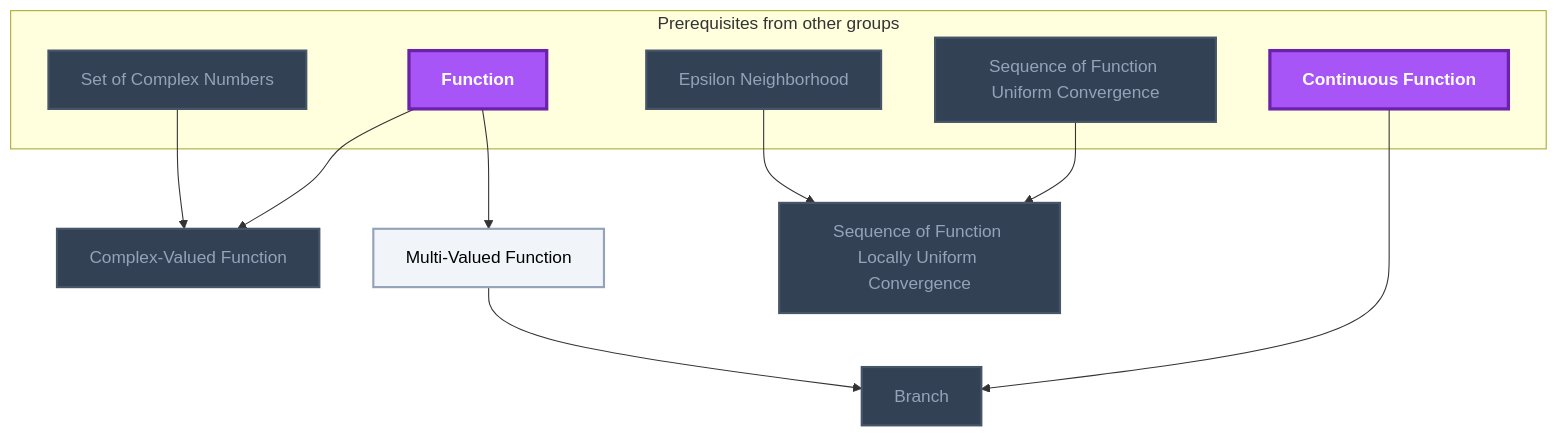
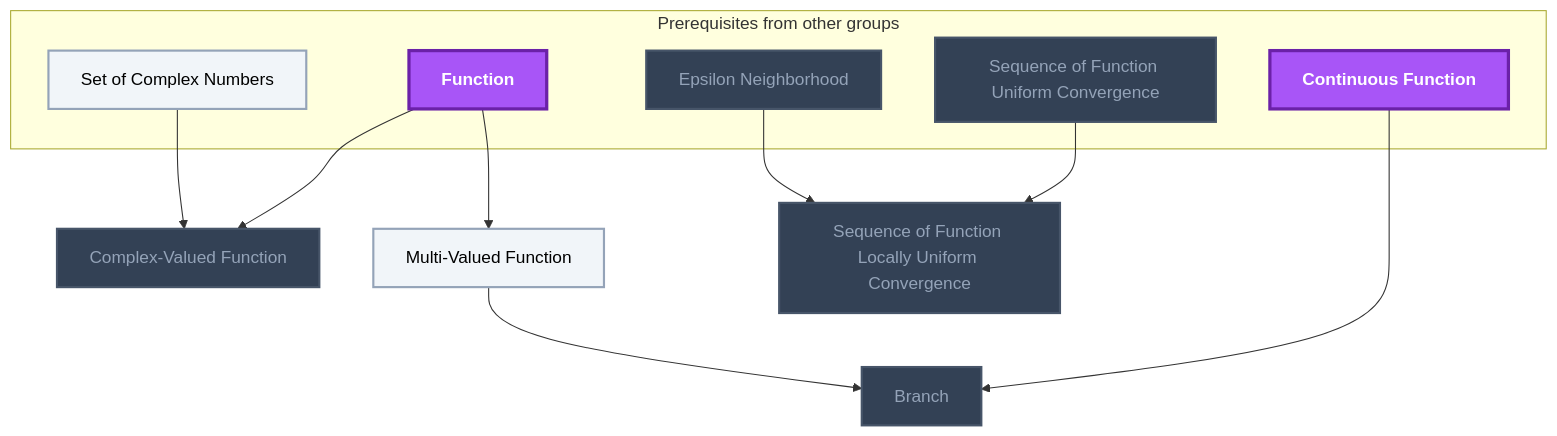
Before and after one commit to MRauf1/My-Notes: the third of 19 diagrams in Gamification/Skill Trees/Complex Analysis.md, drawn with Mermaid. The commit also changed other lines of this file and 57 other files, not shown here.

````diff
--- a/Gamification/Skill Trees/Complex Analysis.md
+++ b/Gamification/Skill Trees/Complex Analysis.md
@@ -104,34 +105,34 @@
 ```mermaid
 flowchart TD
     classDef planned fill:#1E293B,stroke:#64748B,stroke-width:2px,stroke-dasharray:5 5,color:#94A3B8;
     classDef locked fill:#334155,stroke:#475569,stroke-width:2px,color:#94A3B8;
     classDef L0 fill:#F1F5F9,stroke:#94A3B8,stroke-width:2px,color:#000000;
     classDef L1 fill:#22C55E,stroke:#15803D,stroke-width:2px,color:#000000;
     classDef L2 fill:#3B82F6,stroke:#1D4ED8,stroke-width:3px,color:#FFFFFF;
     classDef L3 fill:#A855F7,stroke:#6B21A8,stroke-width:3px,color:#FFFFFF,font-weight:bold;
     classDef L4 fill:#F97316,stroke:#C2410C,stroke-width:4px,color:#000000,font-weight:bold;
     classDef L5 fill:#FFD700,stroke:#FF8C00,stroke-width:5px,color:#000000,font-weight:bold;
     classDef rusty stroke:#8B4513,stroke-width:4px,stroke-dasharray:3 3;
     subgraph sg_prereqs["Prerequisites from other groups"]
         n_set_of_complex_numbers["Set of Complex Numbers"]
         n_function["Function"]
         n_continuous_function["Continuous Function"]
         n_epsilon_neighborhood["Epsilon Neighborhood"]
         n_sequence_of_function_uniform_convergence["Sequence of Function Uniform Convergence"]
     end
     n_complex_valued_function["Complex-Valued Function"]
     n_multi_valued_function["Multi-Valued Function"]
     n_branch["Branch"]
     n_sequence_of_function_locally_uniform_convergence["Sequence of Function Locally Uniform Convergence"]
     n_set_of_complex_numbers --> n_complex_valued_function
     n_function --> n_complex_valued_function
     n_function --> n_multi_valued_function
     n_multi_valued_function --> n_branch
     n_continuous_function --> n_branch
     n_epsilon_neighborhood --> n_sequence_of_function_locally_uniform_convergence
     n_sequence_of_function_uniform_convergence --> n_sequence_of_function_locally_uniform_convergence
-    class n_set_of_complex_numbers,n_epsilon_neighborhood,n_sequence_of_function_uniform_convergence,n_complex_valued_function,n_branch,n_sequence_of_function_locally_uniform_convergence locked;
-    class n_multi_valued_function L0;
+    class n_epsilon_neighborhood,n_sequence_of_function_uniform_convergence,n_complex_valued_function,n_branch,n_sequence_of_function_locally_uniform_convergence locked;
+    class n_set_of_complex_numbers,n_multi_valued_function L0;
     class n_function,n_continuous_function L3;
     class n_set_of_complex_numbers,n_function,n_continuous_function,n_epsilon_neighborhood,n_sequence_of_function_uniform_convergence,n_complex_valued_function,n_multi_valued_function,n_branch,n_sequence_of_function_locally_uniform_convergence internal-link;
 ```
````
